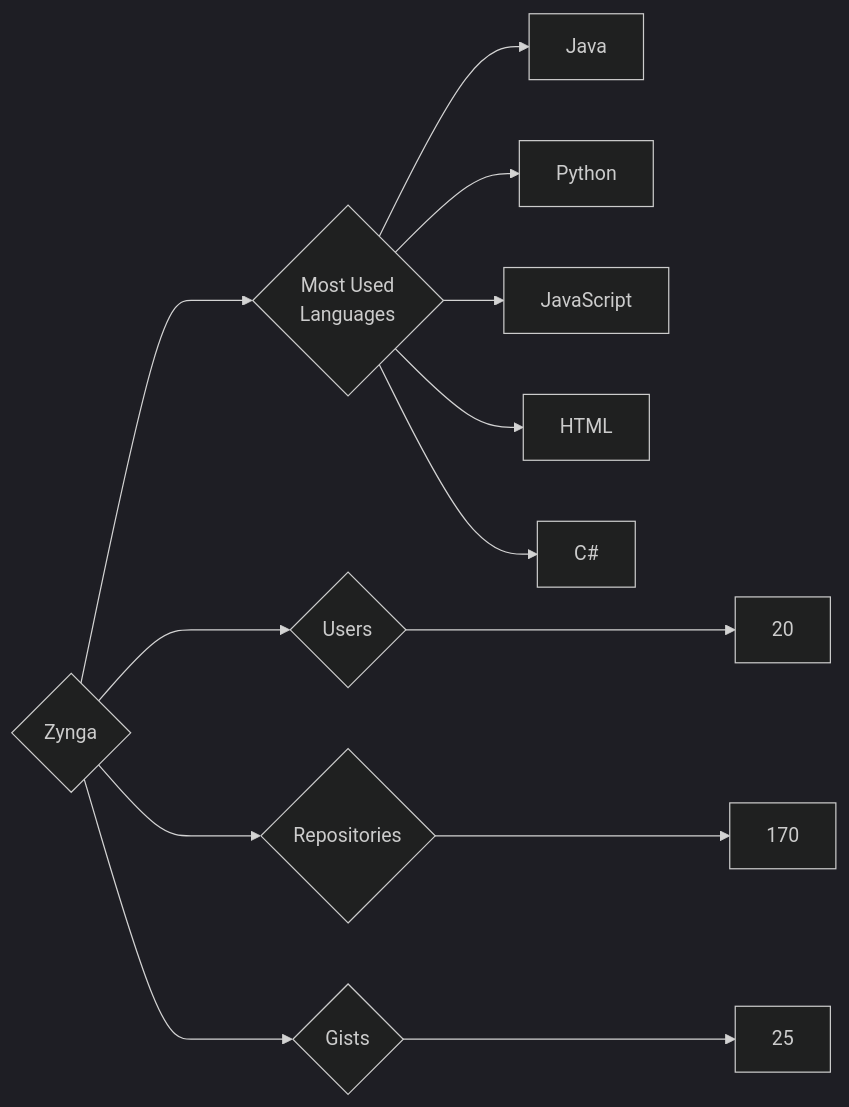
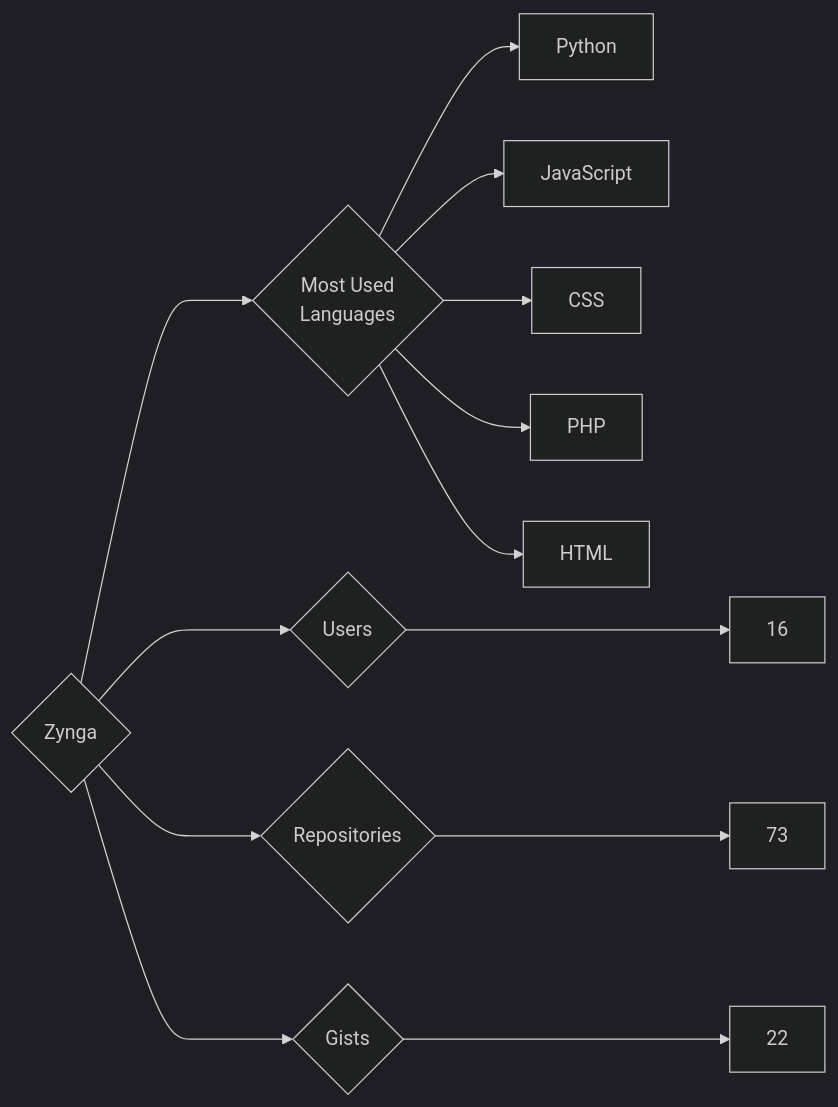
One commit to trickest/insiders changed the diagram in targets/Zynga/README.md. Above: the diagram before and after it, drawn with Mermaid (dark theme). The commit also changed 939 other files, not shown here.

````diff
--- a/targets/Zynga/README.md
+++ b/targets/Zynga/README.md
@@ -3,13 +3,13 @@
 ```mermaid
 graph LR
 COMPANY_NAME{Zynga}
-COMPANY_NAME ---> U{Users} ---> UN[20]
-COMPANY_NAME ---> R{Repositories} ---> RN[170]
-COMPANY_NAME ---> G{Gists} ---> GN[25]
+COMPANY_NAME ---> U{Users} ---> UN[16]
+COMPANY_NAME ---> R{Repositories} ---> RN[73]
+COMPANY_NAME ---> G{Gists} ---> GN[22]
 COMPANY_NAME ---> ML{Most Used<br>Languages}
-ML --> Java[Java]
 ML --> Python[Python]
 ML --> JavaScript[JavaScript]
+ML --> CSS[CSS]
+ML --> PHP[PHP]
 ML --> HTML[HTML]
-ML --> C#[C#]
 ```
````
